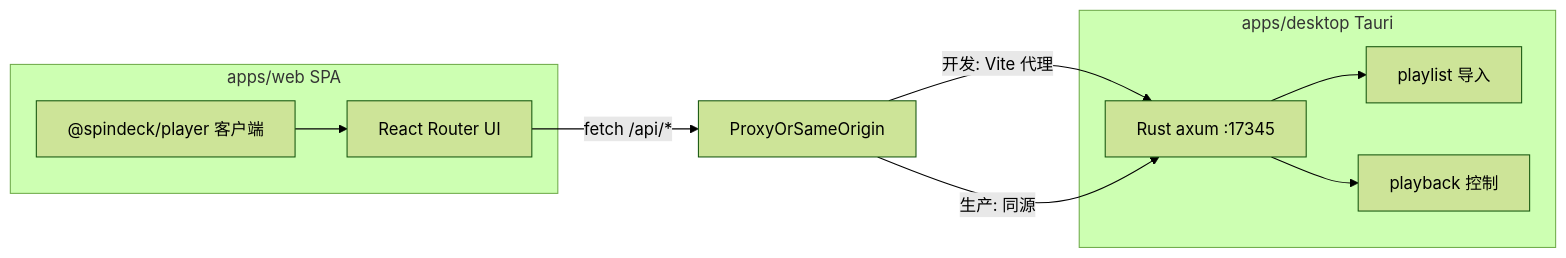
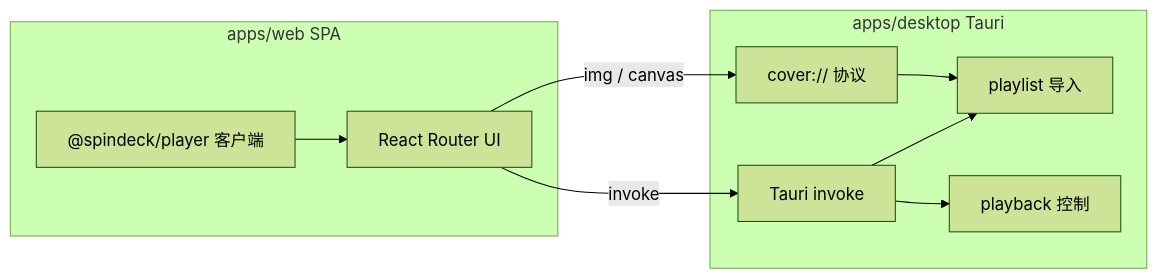
One commit to dongguacute/SpinDeck changed the diagram in docs/zh/guide/architecture.md. Above: the diagram before and after it, drawn with Mermaid (forest theme). The commit also changed other lines of this file and 59 other files, not shown here.

````diff
--- a/docs/zh/guide/architecture.md
+++ b/docs/zh/guide/architecture.md
@@ -10,18 +10,19 @@
 ```mermaid
 flowchart LR
   subgraph webApp ["apps/web SPA"]
     UI[React Router UI]
     PlayerPkg["@spindeck/player 客户端"]
   end
   subgraph desktopApp ["apps/desktop Tauri"]
-    RustAPI["Rust axum :17345"]
+    Invoke["Tauri invoke"]
+    Cover["cover:// 协议"]
     Playlist[playlist 导入]
     Playback[playback 控制]
   end
-  UI -->|"fetch /api/*"| ProxyOrSameOrigin
-  ProxyOrSameOrigin -->|"开发: Vite 代理"| RustAPI
-  ProxyOrSameOrigin -->|"生产: 同源"| RustAPI
+  UI -->|"invoke"| Invoke
+  UI -->|"img / canvas"| Cover
   PlayerPkg --> UI
-  RustAPI --> Playlist
-  RustAPI --> Playback
+  Invoke --> Playlist
+  Invoke --> Playback
+  Cover --> Playlist
 ```
````
